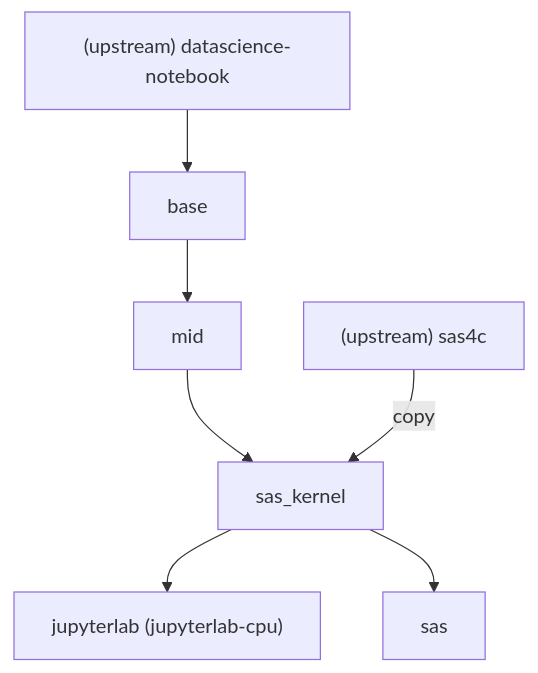
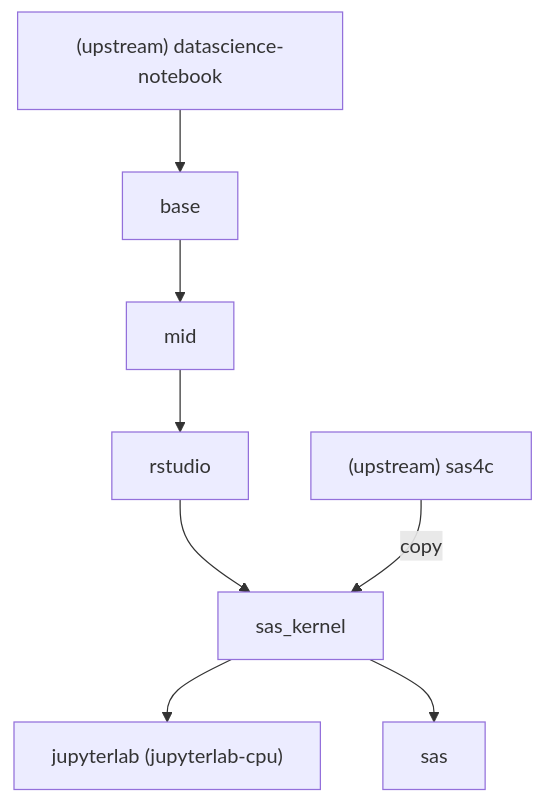
The diagram in README.md (StatCan/zone-kubeflow-containers), drawn with Mermaid before and after one commit. The commit also changed other lines of this file and 17 other files, not shown here.

````diff
--- a/README.md
+++ b/README.md
@@ -46,10 +46,11 @@
 ```mermaid
 graph TD
   upstream_nb["(upstream) datascience-notebook"]
   upstream_nb --> base
   base --> mid
-  mid --> sas_kernel
+  mid --> rstudio
+  rstudio --> sas_kernel
   upstream_sas["(upstream) sas4c"] --> |copy|sas_kernel
   sas_kernel --> jupyterlab["jupyterlab (jupyterlab-cpu)"]
   sas_kernel --> sas
 ```
````
